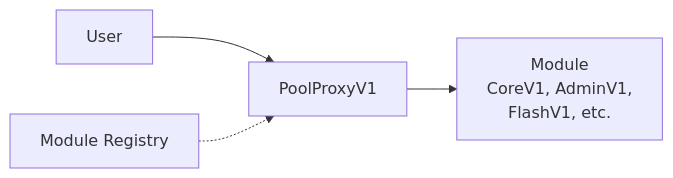
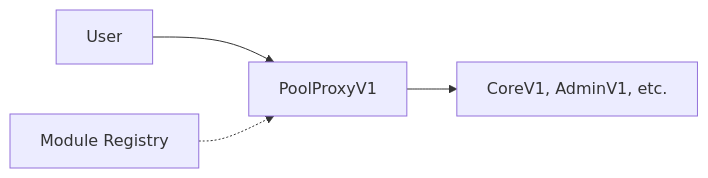
The first of 3 diagrams in docs/6. Contributing/DOCUMENTATION.md (btr-protocol/dex), drawn with Mermaid before and after one commit. The commit also changed other lines of this file and 27 other files, not shown here.

````diff
--- a/docs/6. Contributing/DOCUMENTATION.md
+++ b/docs/6. Contributing/DOCUMENTATION.md
@@ -220,6 +251,6 @@
 ```mermaid
 graph LR
-    User[User] --> Proxy[PoolProxyV1]
-    Proxy --> Module[Module<br/>CoreV1, AdminV1,<br/>FlashV1, etc.]
+    User --> Proxy[PoolProxyV1]
+    Proxy --> Module[CoreV1, AdminV1, etc.]
     Registry[Module Registry] -.-> Proxy
 ```
````
